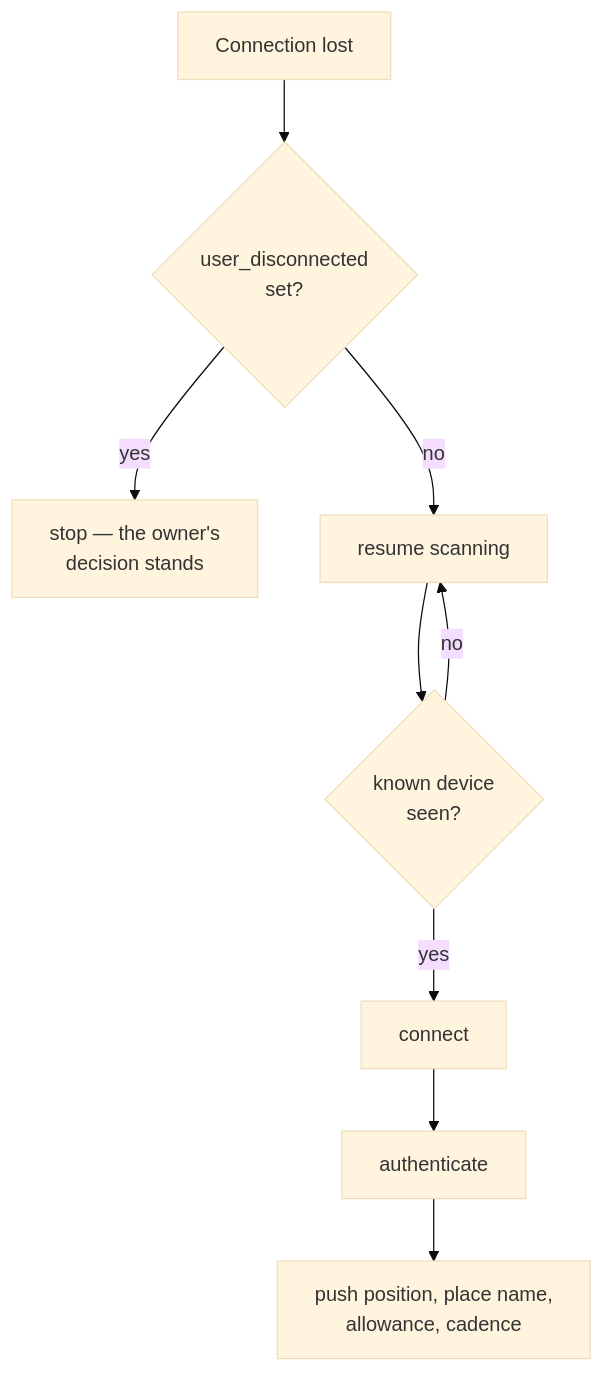
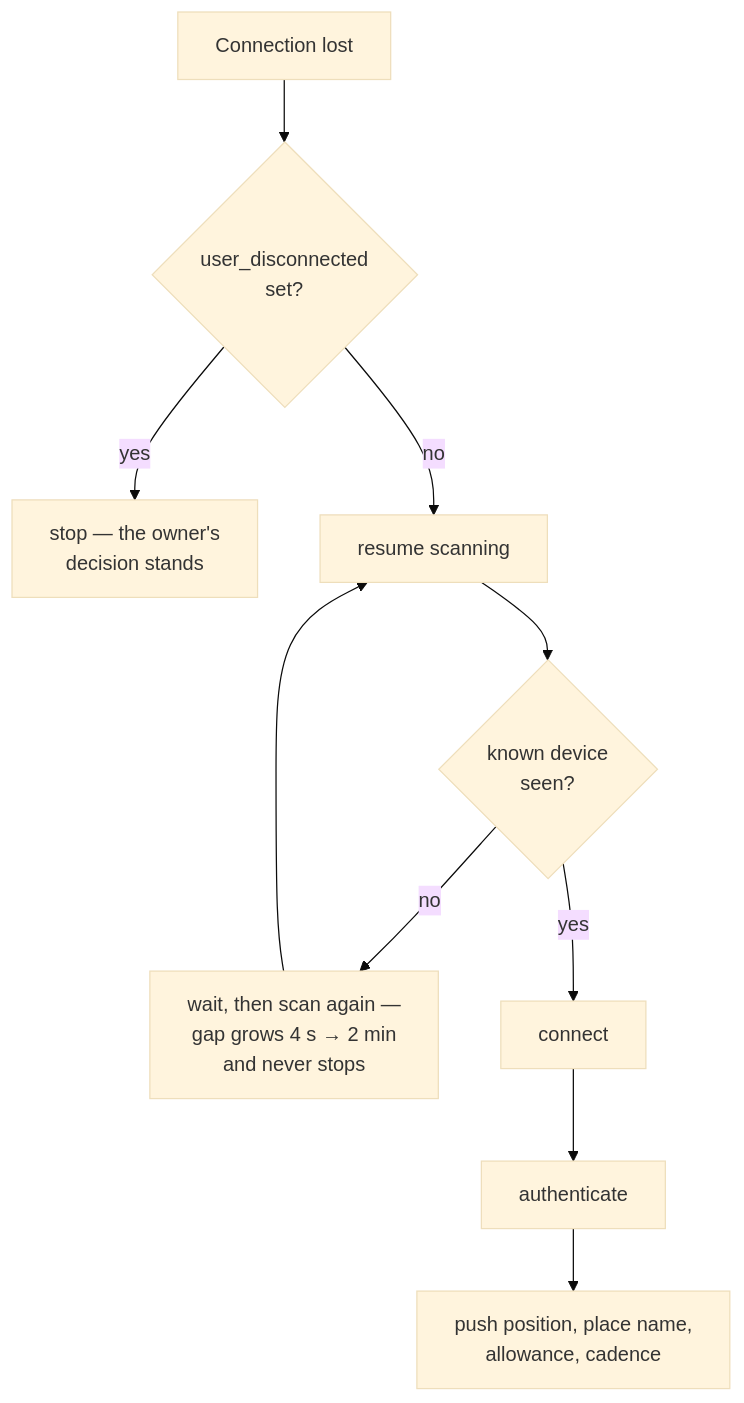
Before and after one commit to Blexalmighty/Keyguard-Final-Year-Project: diagram 11 of 19 in docs/CHAPTER_3_DESIGN.md, drawn with Mermaid (base theme). The commit also changed other lines of this file and 15 other files, not shown here.

````diff
--- a/docs/CHAPTER_3_DESIGN.md
+++ b/docs/CHAPTER_3_DESIGN.md
@@ -730,11 +730,12 @@
 ```mermaid
 graph TB
     A["Connection lost"] --> B{"user_disconnected<br/>set?"}
     B -->|yes| C["stop — the owner's<br/>decision stands"]
     B -->|no| D["resume scanning"]
     D --> E{"known device<br/>seen?"}
-    E -->|no| D
+    E -->|no| E2["wait, then scan again —<br/>gap grows 4 s → 2 min<br/>and never stops"]
+    E2 --> D
     E -->|yes| F["connect"]
     F --> G["authenticate"]
     G --> H["push position, place name,<br/>allowance, cadence"]
 ```
````
